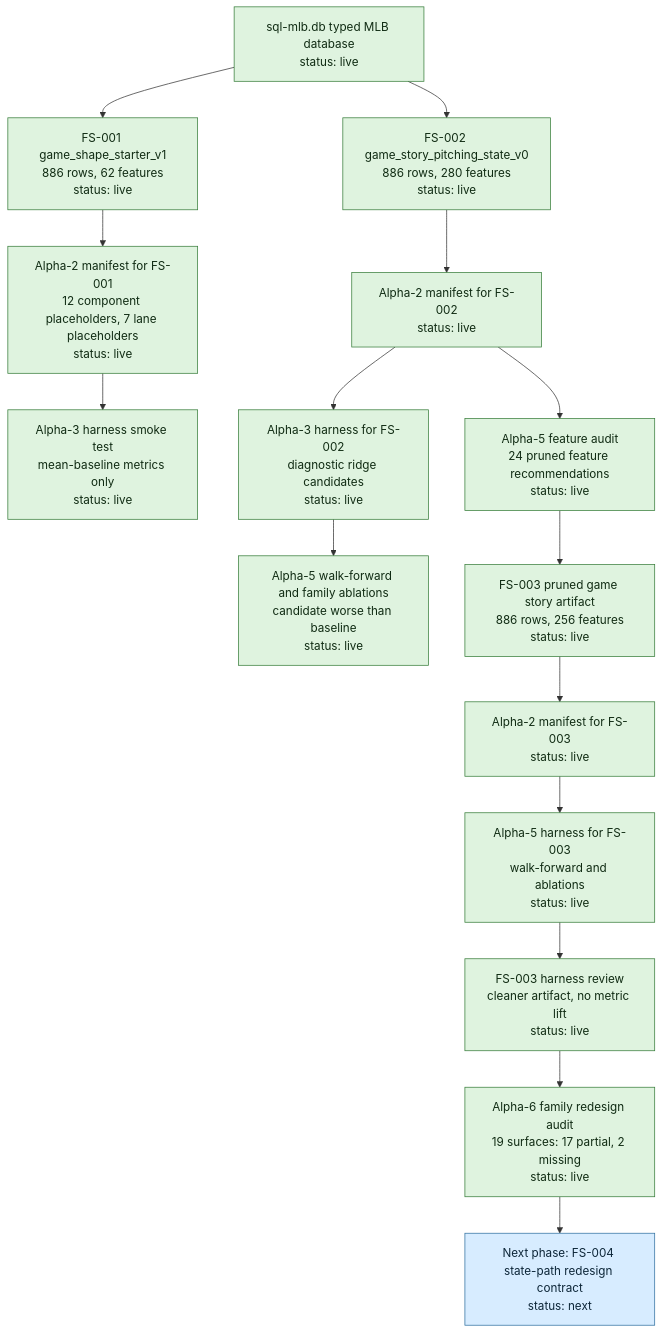
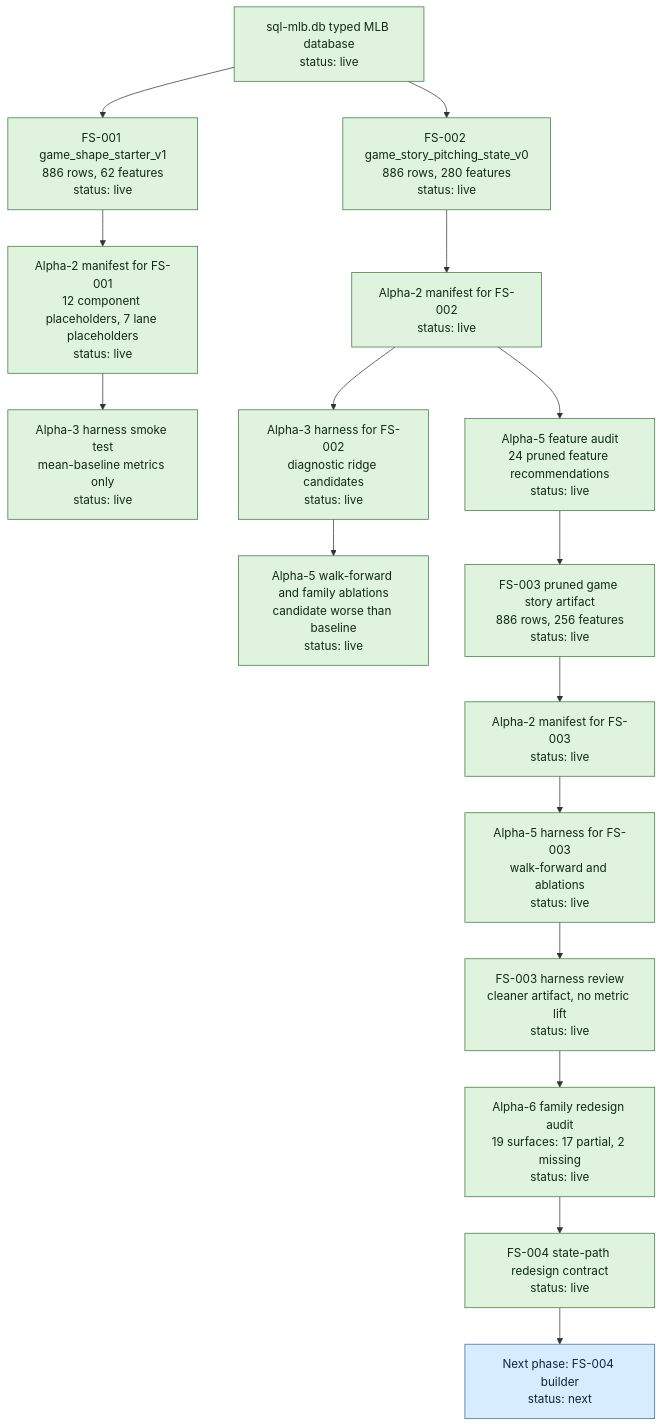
One commit to jiancchen/SlateAi changed the first of 4 diagrams in run-plans/mlb/2026-06-03-mlb-m3-alpha-state-progress.md. Above: the diagram before and after it, drawn with Mermaid. The commit also changed other lines of this file and 3 other files, not shown here.

First line of the commit message:
Add MLB-M3 FS-004 redesign contract

````diff
--- a/run-plans/mlb/2026-06-03-mlb-m3-alpha-state-progress.md
+++ b/run-plans/mlb/2026-06-03-mlb-m3-alpha-state-progress.md
@@ -48,28 +49,29 @@
 ```mermaid
 flowchart TD
   SQL["sql-mlb.db typed MLB database<br/>status: live"] --> FS001["FS-001 game_shape_starter_v1<br/>886 rows, 62 features<br/>status: live"]
   SQL --> FS002["FS-002 game_story_pitching_state_v0<br/>886 rows, 280 features<br/>status: live"]
 
   FS001 --> M001["Alpha-2 manifest for FS-001<br/>12 component placeholders, 7 lane placeholders<br/>status: live"]
   M001 --> H001["Alpha-3 harness smoke test<br/>mean-baseline metrics only<br/>status: live"]
 
   FS002 --> M002["Alpha-2 manifest for FS-002<br/>status: live"]
   M002 --> H002["Alpha-3 harness for FS-002<br/>diagnostic ridge candidates<br/>status: live"]
   M002 --> A002["Alpha-5 feature audit<br/>24 pruned feature recommendations<br/>status: live"]
   H002 --> WF002["Alpha-5 walk-forward and family ablations<br/>candidate worse than baseline<br/>status: live"]
 
   A002 --> FS003["FS-003 pruned game story artifact<br/>886 rows, 256 features<br/>status: live"]
   FS003 --> M003["Alpha-2 manifest for FS-003<br/>status: live"]
   M003 --> H003["Alpha-5 harness for FS-003<br/>walk-forward and ablations<br/>status: live"]
   H003 --> R003["FS-003 harness review<br/>cleaner artifact, no metric lift<br/>status: live"]
 
   R003 --> A6["Alpha-6 family redesign audit<br/>19 surfaces: 17 partial, 2 missing<br/>status: live"]
-  A6 --> NEXT["Next phase: FS-004 state-path redesign contract<br/>status: next"]
+  A6 --> C004["FS-004 state-path redesign contract<br/>status: live"]
+  C004 --> NEXT["Next phase: FS-004 builder<br/>status: next"]
 
   classDef live fill:#dff3df,stroke:#367c39,color:#102b13;
   classDef partial fill:#fff2c2,stroke:#927000,color:#332800;
   classDef next fill:#d7ecff,stroke:#2f6f9f,color:#0d2638;
 
-  class SQL,FS001,FS002,M001,H001,M002,H002,A002,WF002,FS003,M003,H003,R003,A6 live;
+  class SQL,FS001,FS002,M001,H001,M002,H002,A002,WF002,FS003,M003,H003,R003,A6,C004 live;
   class NEXT next;
 ```
````
